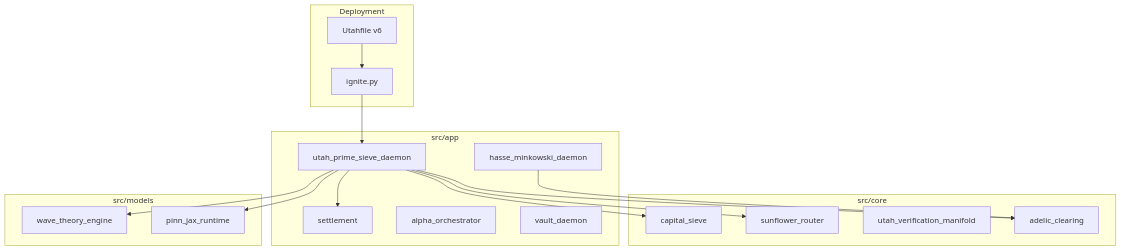
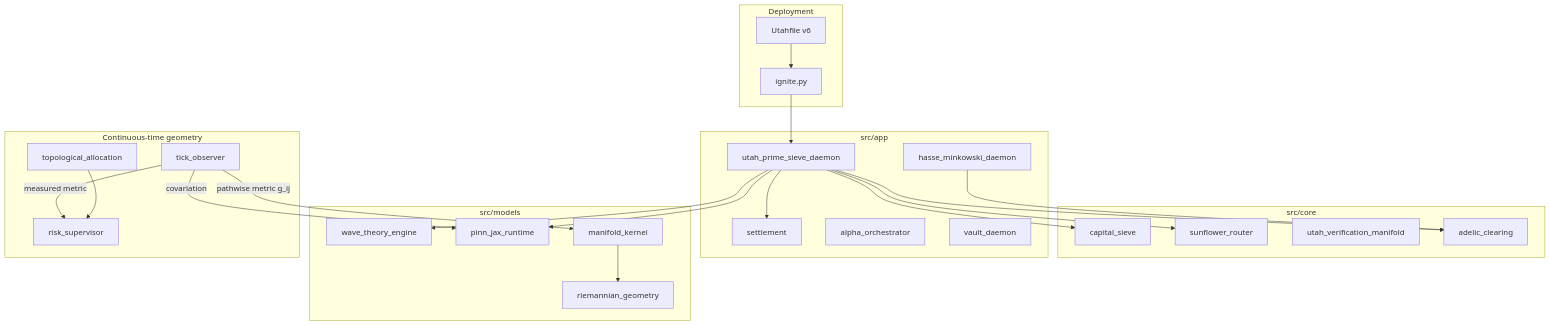
The diagram in ARCHITECTURE.md (utahisnotastate/utahfinancelibrary), drawn with Mermaid before and after one commit. The commit also changed other lines of this file and 6 other files, not shown here.

First line of the commit message:
docs: propagate continuous-time geometry across all audience guides

````diff
--- a/ARCHITECTURE.md
+++ b/ARCHITECTURE.md
@@ -8,37 +8,51 @@
 ```mermaid
 flowchart TB
     subgraph deploy [Deployment]
         UF[Utahfile v6]
         IG[ignite.py]
         UF --> IG
     end
 
     subgraph core [src/core]
         CS[capital_sieve]
         SR[sunflower_router]
         VL[utah_verification_manifold]
         AC[adelic_clearing]
     end
 
     subgraph app [src/app]
         PS[utah_prime_sieve_daemon]
         ST[settlement]
         HM[hasse_minkowski_daemon]
         AO[alpha_orchestrator]
         VD[vault_daemon]
     end
 
     subgraph models [src/models]
         WT[wave_theory_engine]
         PINN[pinn_jax_runtime]
+        MK[manifold_kernel]
+        RG[riemannian_geometry]
+    end
+
+    subgraph geo [Continuous-time geometry]
+        TO[tick_observer]
+        TA[topological_allocation]
+        RS[risk_supervisor]
     end
 
     IG --> PS
     PS --> CS
     PS --> SR
     PS --> ST
     PS --> AC
     PS --> WT
     PS --> PINN
     HM --> AC
+
+    TO -->|pathwise metric g_ij| MK
+    TO -->|measured metric| RS
+    TO -->|covariation| PINN
+    MK --> RG
+    TA --> RS
 ```
````
